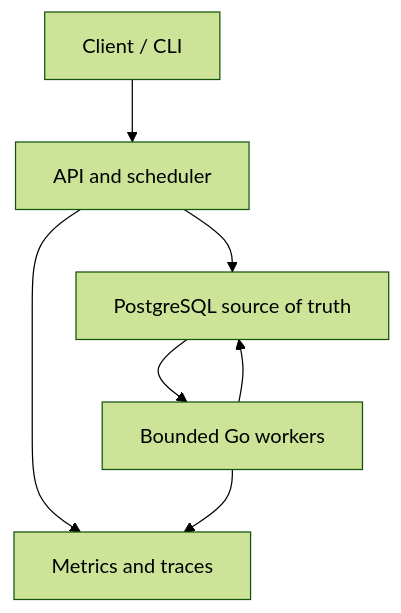
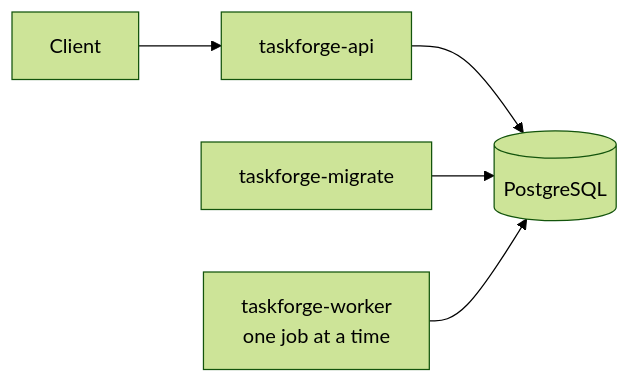
One commit to Nuryanfa/TaskForge changed the first of 2 diagrams in README.md. Above: the diagram before and after it, drawn with Mermaid (forest theme). The commit also changed other lines of this file and 43 other files, not shown here.

````diff
--- a/README.md
+++ b/README.md
@@ -20,9 +13,7 @@
 ```mermaid
-flowchart TD
-    Client["Client / CLI"] --> API["API and scheduler"]
-    API --> DB["PostgreSQL source of truth"]
-    DB --> Workers["Bounded Go workers"]
-    Workers --> DB
-    API --> Telemetry["Metrics and traces"]
-    Workers --> Telemetry
+flowchart LR
+    Client["Client"] --> API["taskforge-api"]
+    API --> DB[("PostgreSQL")]
+    Migrator["taskforge-migrate"] --> DB
+    Worker["taskforge-worker<br/>one job at a time"] --> DB
 ```
````
